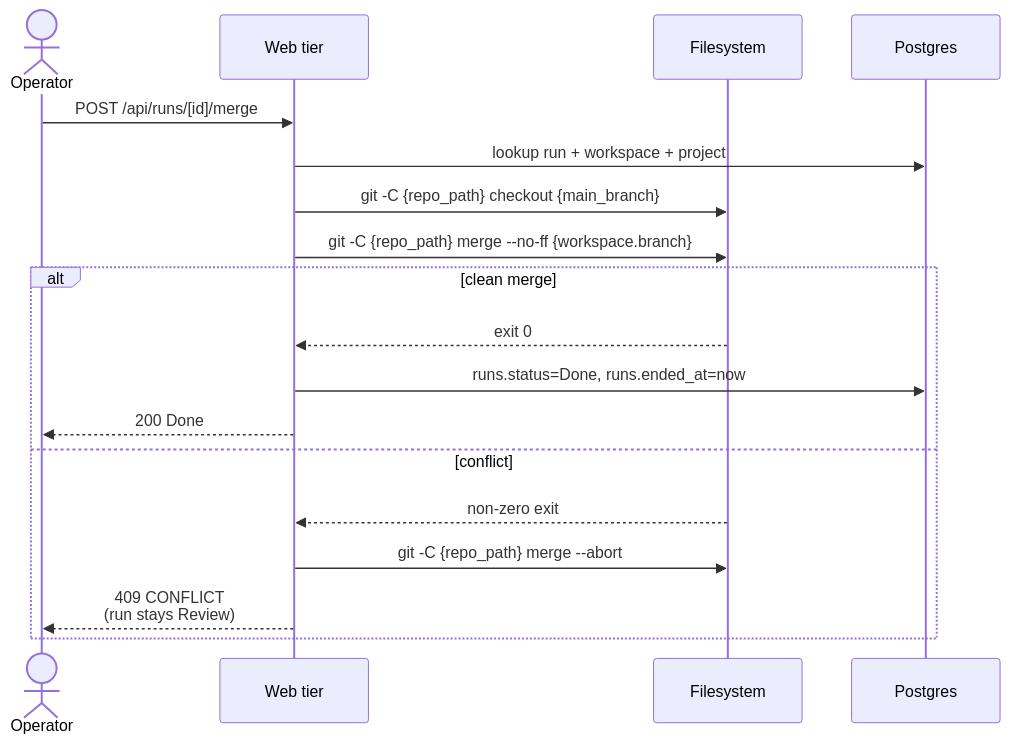
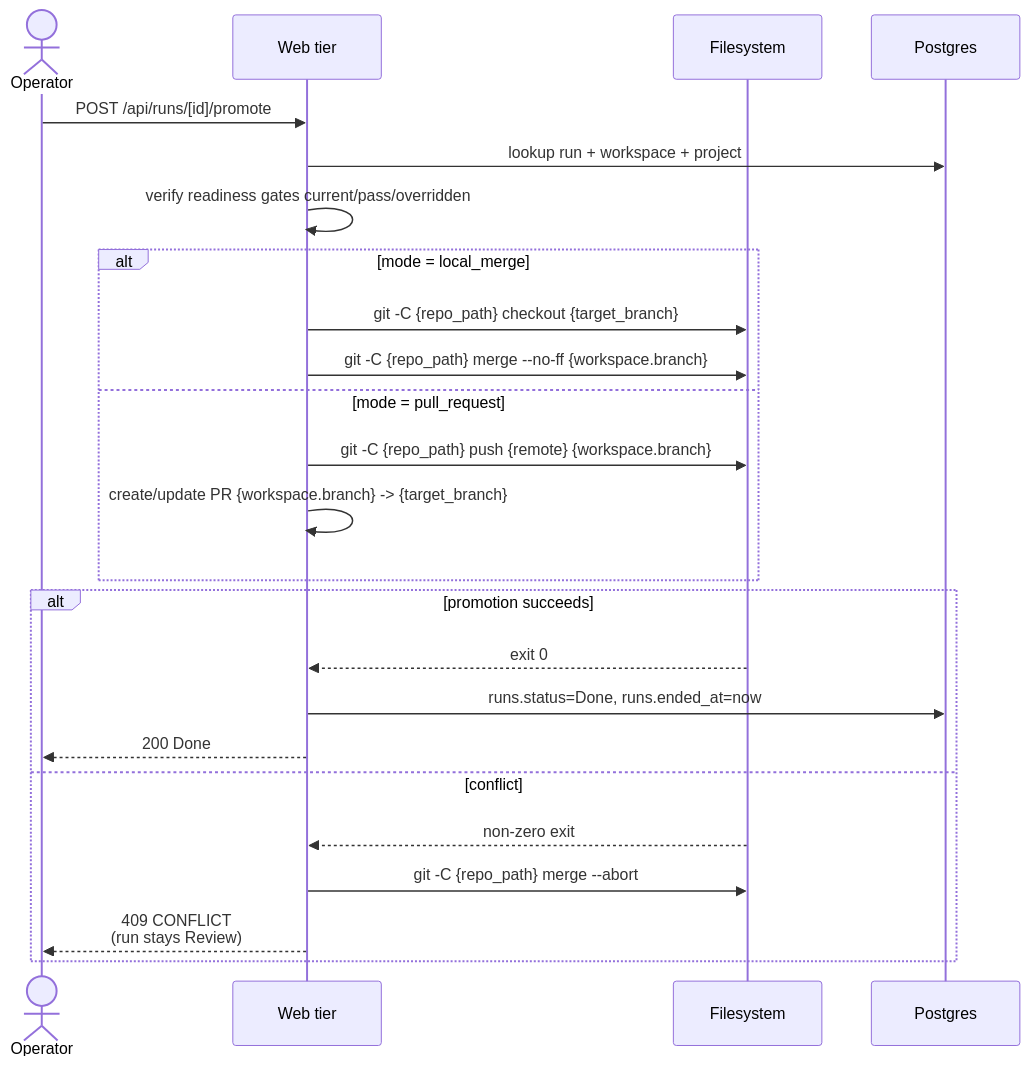
Before and after one commit to maister-dev/maister: the third of 5 diagrams in docs/system-analytics/workspaces.md, drawn with Mermaid. The commit also changed other lines of this file and 24 other files, not shown here.

Commit message:
docs: align roadmap with flow readiness

````diff
--- a/docs/system-analytics/workspaces.md
+++ b/docs/system-analytics/workspaces.md
@@ -59,21 +66,27 @@
 ```mermaid
 sequenceDiagram
     actor U as Operator
     participant W as Web tier
     participant FS as Filesystem
     participant DB as Postgres
 
-    U->>W: POST /api/runs/[id]/merge
+    U->>W: POST /api/runs/[id]/promote
     W->>DB: lookup run + workspace + project
-    W->>FS: git -C {repo_path} checkout {main_branch}
-    W->>FS: git -C {repo_path} merge --no-ff {workspace.branch}
-    alt clean merge
+    W->>W: verify readiness gates current/pass/overridden
+    alt mode = local_merge
+        W->>FS: git -C {repo_path} checkout {target_branch}
+        W->>FS: git -C {repo_path} merge --no-ff {workspace.branch}
+    else mode = pull_request
+        W->>FS: git -C {repo_path} push {remote} {workspace.branch}
+        W->>W: create/update PR {workspace.branch} -> {target_branch}
+    end
+    alt promotion succeeds
         FS-->>W: exit 0
         W->>DB: runs.status=Done, runs.ended_at=now
         W-->>U: 200 Done
     else conflict
         FS-->>W: non-zero exit
         W->>FS: git -C {repo_path} merge --abort
         W-->>U: 409 CONFLICT<br/>(run stays Review)
     end
 ```
````
